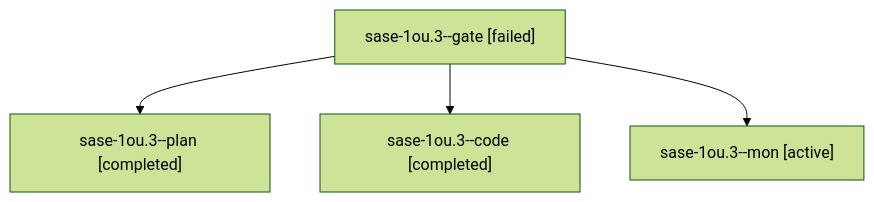
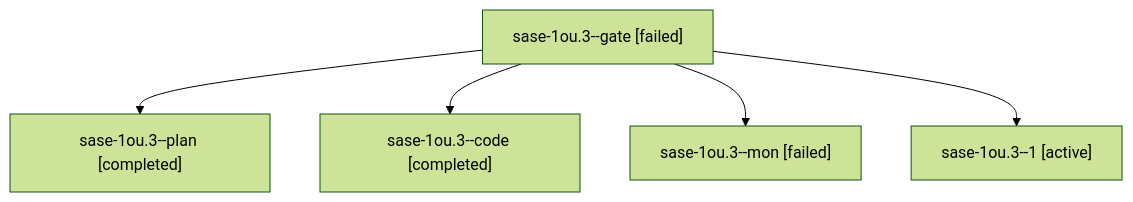
One commit to sase-org/sase--agents changed the diagram in sessions/bbugyi200.athena.sase-1ou.3.md. Above: the diagram before and after it, drawn with Mermaid (forest theme). The commit also changed other lines of this file and 227 other files, not shown here.

````diff
--- a/sessions/bbugyi200.athena.sase-1ou.3.md
+++ b/sessions/bbugyi200.athena.sase-1ou.3.md
@@ -9,10 +9,12 @@
 ```mermaid
 flowchart TD
   n0["sase-1ou.3--gate [failed]"]
   n1["sase-1ou.3--plan [completed]"]
   n0 --> n1
   n2["sase-1ou.3--code [completed]"]
   n0 --> n2
-  n3["sase-1ou.3--mon [active]"]
+  n3["sase-1ou.3--mon [failed]"]
   n0 --> n3
+  n4["sase-1ou.3--1 [active]"]
+  n0 --> n4
 ```
````
